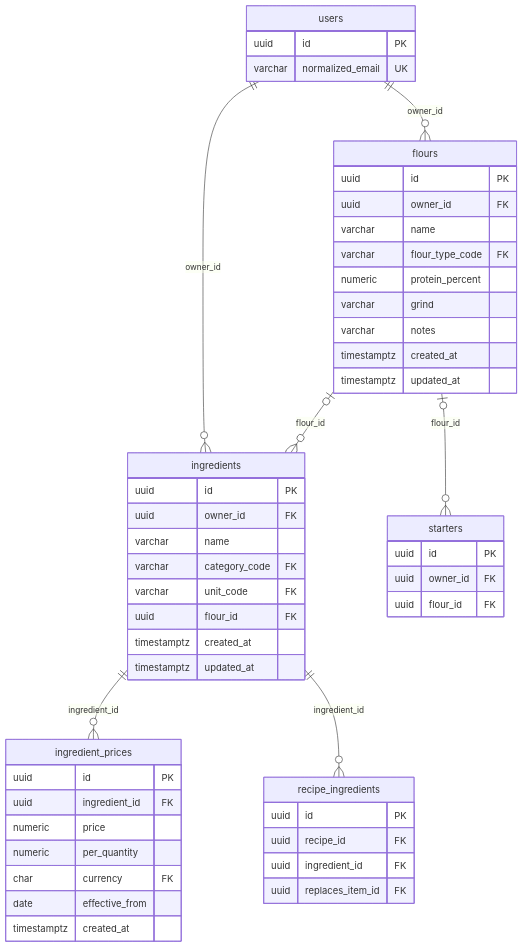
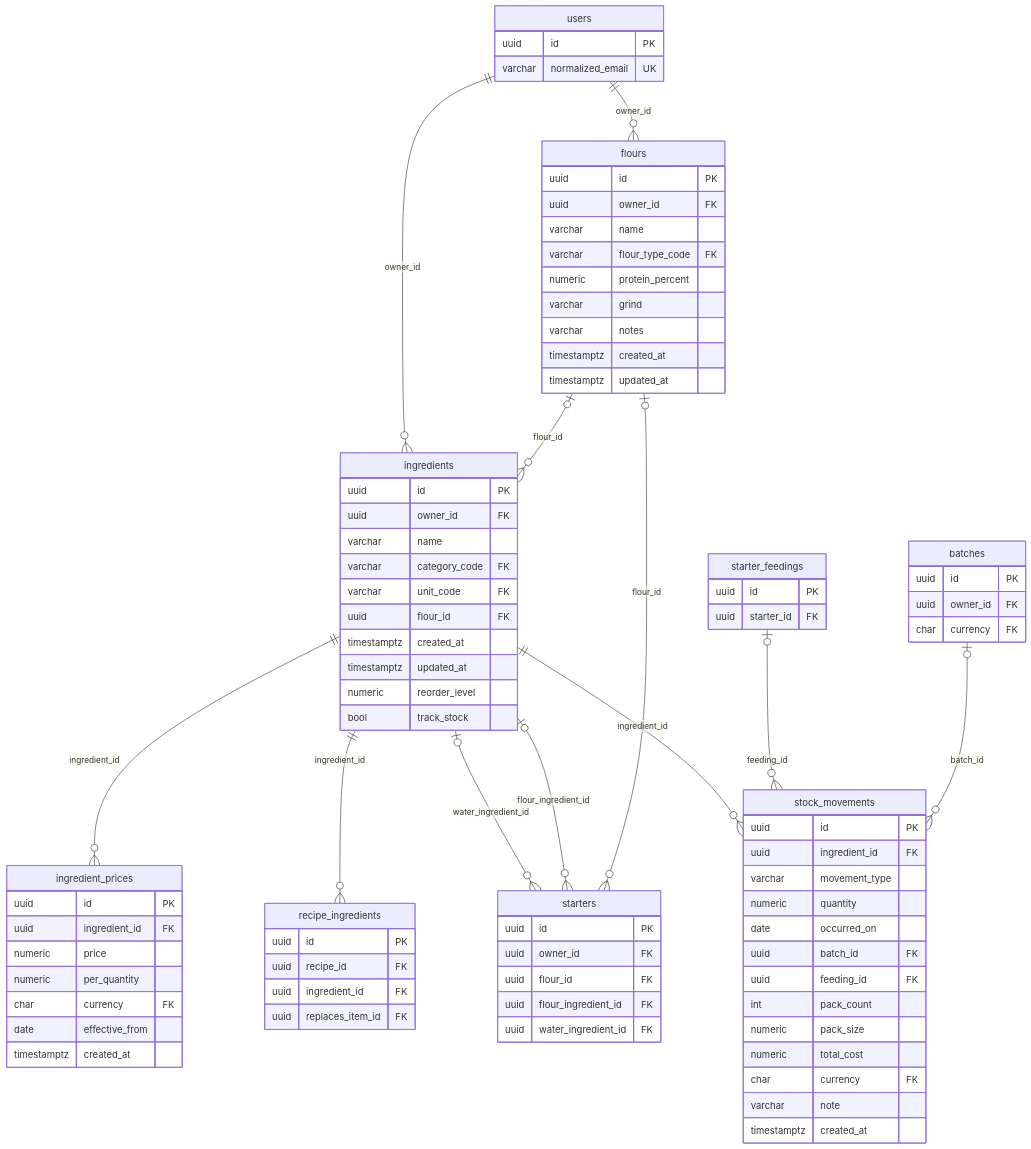
One commit to fedokgeniy/OneLoaf-BackEnd changed the second of 8 diagrams in docs/db/logical-schema.md. Above: the diagram before and after it, drawn with Mermaid. The commit also changed other lines of this file and 133 other files, not shown here.

Commit message:
Regenerate the API reference, the DDL script and the database documentation for the ingredient stock and describe the new screens and flows

````diff
--- a/docs/db/logical-schema.md
+++ b/docs/db/logical-schema.md
@@ -114,6 +114,28 @@
         uuid flour_id FK
         timestamptz created_at
         timestamptz updated_at
+        numeric reorder_level
+        bool track_stock
+    }
+    stock_movements {
+        uuid id PK
+        uuid ingredient_id FK
+        varchar movement_type
+        numeric quantity
+        date occurred_on
+        uuid batch_id FK
+        uuid feeding_id FK
+        int pack_count
+        numeric pack_size
+        numeric total_cost
+        char currency FK
+        varchar note
+        timestamptz created_at
+    }
+    batches {
+        uuid id PK
+        uuid owner_id FK
+        char currency FK
     }
     recipe_ingredients {
         uuid id PK
@@ -121,10 +143,16 @@
         uuid ingredient_id FK
         uuid replaces_item_id FK
     }
+    starter_feedings {
+        uuid id PK
+        uuid starter_id FK
+    }
     starters {
         uuid id PK
         uuid owner_id FK
         uuid flour_id FK
+        uuid flour_ingredient_id FK
+        uuid water_ingredient_id FK
     }
     users {
         uuid id PK
@@ -136,4 +164,9 @@
     users ||--o{ ingredients : "owner_id"
     ingredients ||--o{ recipe_ingredients : "ingredient_id"
     flours |o--o{ starters : "flour_id"
+    ingredients |o--o{ starters : "flour_ingredient_id"
+    ingredients |o--o{ starters : "water_ingredient_id"
+    batches |o--o{ stock_movements : "batch_id"
+    starter_feedings |o--o{ stock_movements : "feeding_id"
+    ingredients ||--o{ stock_movements : "ingredient_id"
 ```
````
